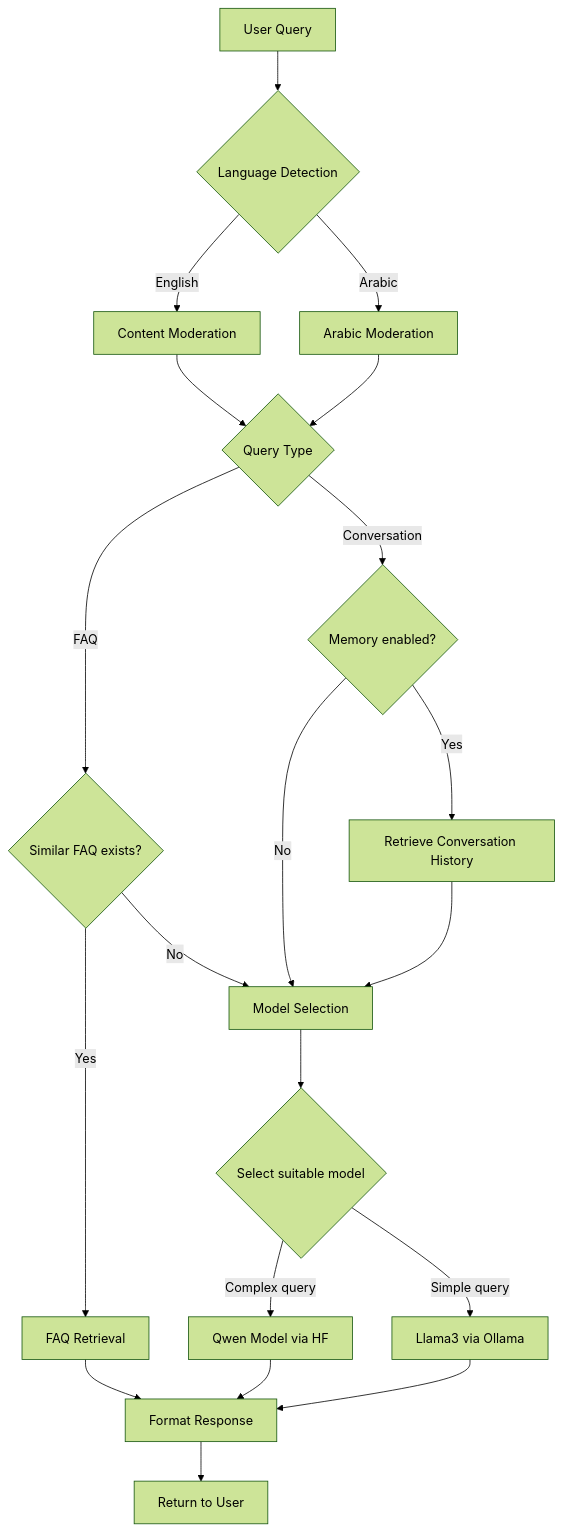
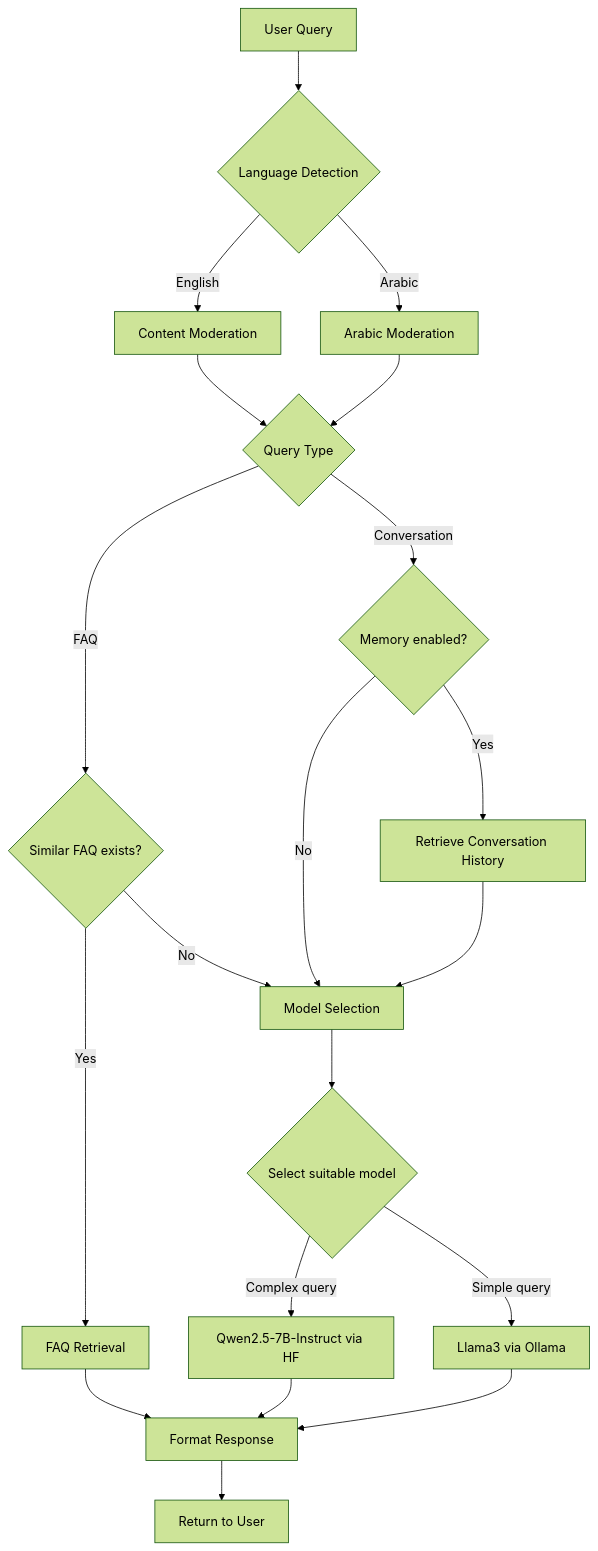
One commit to yazeedmshayekh2/Exodus changed the third of 3 diagrams in README.md. Above: the diagram before and after it, drawn with Mermaid (forest theme). The commit also changed other lines of this file and 10 other files, not shown here.

````diff
--- a/README.md
+++ b/README.md
@@ -302,29 +324,29 @@
 ```mermaid
 flowchart TD
     UserQuery[User Query] --> LangDetect{Language Detection}
     LangDetect -->|English| Moderate1[Content Moderation]
     LangDetect -->|Arabic| Moderate2[Arabic Moderation]
     
     Moderate1 --> QueryType{Query Type}
     Moderate2 --> QueryType
     
     QueryType -->|FAQ| FAQCheck{Similar FAQ exists?}
     FAQCheck -->|Yes| FAQ[FAQ Retrieval]
     FAQCheck -->|No| ModelSelect[Model Selection]
     
     QueryType -->|Conversation| MemoryCheck{Memory enabled?}
     MemoryCheck -->|Yes| Memory[Retrieve Conversation History]
     MemoryCheck -->|No| ModelSelect
     Memory --> ModelSelect
     
     ModelSelect --> ModelSuitability{Select suitable model}
     
-    ModelSuitability -->|Complex query| HF[Qwen Model via HF]
+    ModelSuitability -->|Complex query| HF[Qwen2.5-7B-Instruct via HF]
     ModelSuitability -->|Simple query| Ollama[Llama3 via Ollama]
     
     FAQ --> ResponseFormat[Format Response]
     HF --> ResponseFormat
     Ollama --> ResponseFormat
     
     ResponseFormat --> UserInterface[Return to User]
 ```
````
